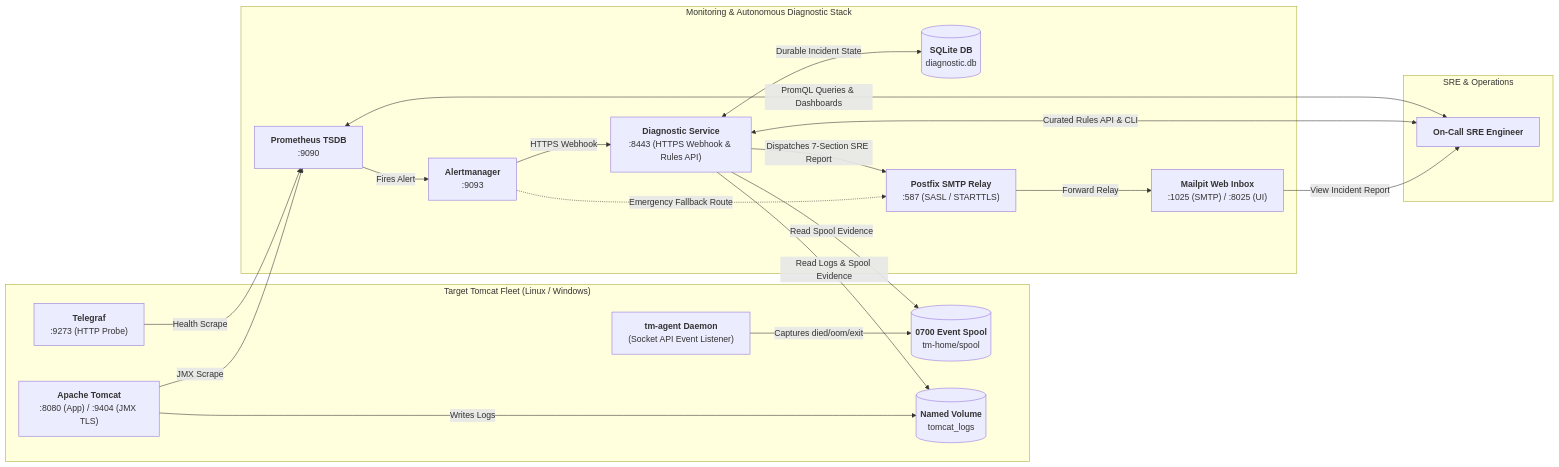
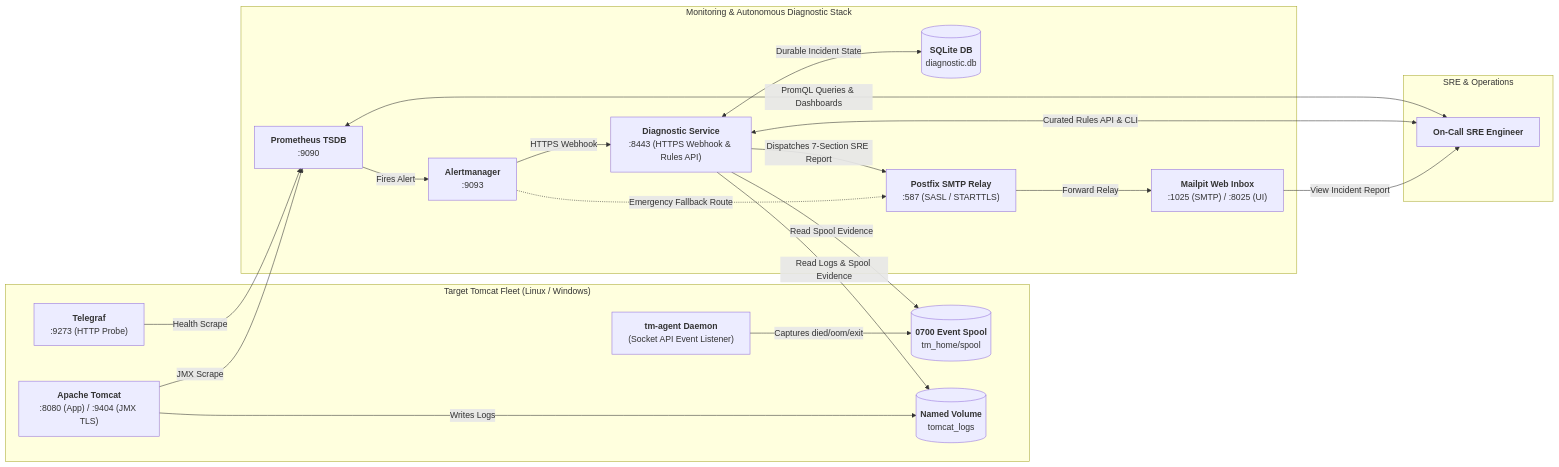
The diagram in README.md (edkas07-oss/tomcat-monitoring), drawn with Mermaid before and after one commit. The commit also changed other lines of this file and 6 other files, not shown here.

````diff
--- a/README.md
+++ b/README.md
@@ -135,40 +139,40 @@
 ```mermaid
 flowchart LR
     subgraph TargetHost ["Target Tomcat Fleet (Linux / Windows)"]
         TOMCAT["<b>Apache Tomcat</b><br/>:8080 (App) / :9404 (JMX TLS)"]
         TELEGRAF["<b>Telegraf</b><br/>:9273 (HTTP Probe)"]
         AGENT["<b>tm-agent Daemon</b><br/>(Socket API Event Listener)"]
-        SPOOL[("<b>0700 Event Spool</b><br/>tm-home/spool")]
+        SPOOL[("<b>0700 Event Spool</b><br/>tm_home/spool")]
         LOGS[("<b>Named Volume</b><br/>tomcat_logs")]
         
         TOMCAT -->|Writes Logs| LOGS
         AGENT -->|Captures died/oom/exit| SPOOL
     end
 
     subgraph MonitoringCore ["Monitoring & Autonomous Diagnostic Stack"]
         PROM["<b>Prometheus TSDB</b><br/>:9090"]
         AM["<b>Alertmanager</b><br/>:9093"]
         DS["<b>Diagnostic Service</b><br/>:8443 (HTTPS Webhook & Rules API)"]
         SQLITE[("<b>SQLite DB</b><br/>diagnostic.db")]
         POSTFIX["<b>Postfix SMTP Relay</b><br/>:587 (SASL / STARTTLS)"]
         MAILPIT["<b>Mailpit Web Inbox</b><br/>:1025 (SMTP) / :8025 (UI)"]
         
         TOMCAT -->|JMX Scrape| PROM
         TELEGRAF -->|Health Scrape| PROM
         PROM -->|Fires Alert| AM
         AM -->|HTTPS Webhook| DS
         AM -.->|Emergency Fallback Route| POSTFIX
         DS <-->|Durable Incident State| SQLITE
         DS -->|Read Logs & Spool Evidence| LOGS
         DS -->|Read Spool Evidence| SPOOL
         DS -->|Dispatches 7-Section SRE Report| POSTFIX
         POSTFIX -->|Forward Relay| MAILPIT
     end
 
     subgraph SREClient ["SRE & Operations"]
         SRE["<b>On-Call SRE Engineer</b>"]
         MAILPIT -->|View Incident Report| SRE
         SRE <-->|Curated Rules API & CLI| DS
         SRE <-->|PromQL Queries & Dashboards| PROM
     end
 ```
````
